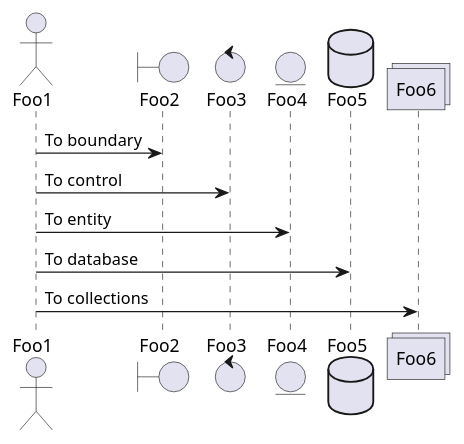
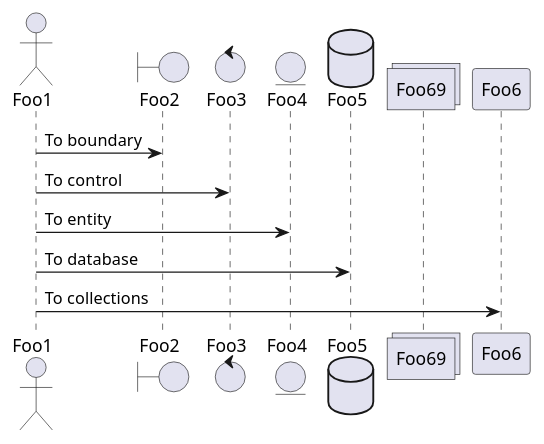
Before and after one commit to lrosenthol/actionTest: the diagram in test.puml, drawn with PlantUML.

Commit message:
and a modified puml

```diff
--- a/test.puml
+++ b/test.puml
@@ -1,13 +1,13 @@
 @startuml
 actor Foo1
 boundary Foo2
 control Foo3
 entity Foo4
 database Foo5
-collections Foo6
+collections Foo69
 Foo1 -> Foo2 : To boundary
 Foo1 -> Foo3 : To control
 Foo1 -> Foo4 : To entity
 Foo1 -> Foo5 : To database
 Foo1 -> Foo6 : To collections
 @enduml
```
